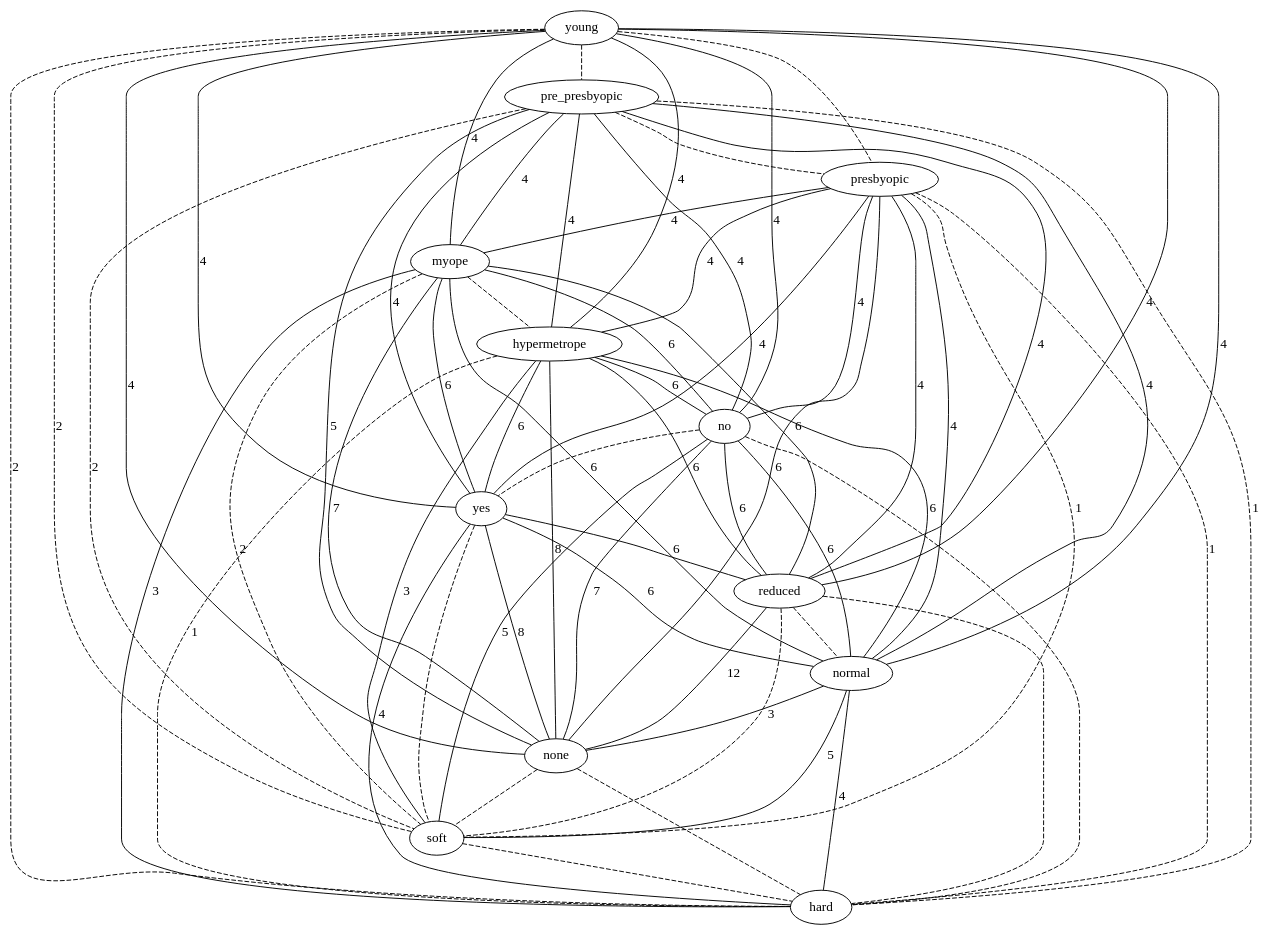
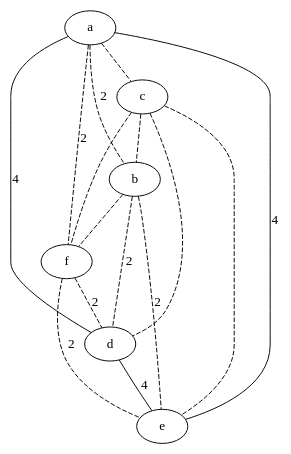
Before and after one commit to lrodrin/TFG: the diagram in src/final/plainGraph_with_threshold.dot, drawn with Graphviz. The commit also changed 13 other files, not shown here.

```diff
--- a/src/final/plainGraph_with_threshold.dot
+++ b/src/final/plainGraph_with_threshold.dot
@@ -1,80 +1,23 @@
 strict graph "" {
-young;
-pre_presbyopic;
-presbyopic;
-myope;
-hypermetrope;
-no;
-yes;
-reduced;
-normal;
-none;
-soft;
-hard;
-young -- pre_presbyopic  [color=black, style=dashed];
-young -- presbyopic  [color=black, style=dashed];
-young -- myope  [color=black, label=4, style=solid];
-young -- hypermetrope  [color=black, label=4, style=solid];
-young -- no  [color=black, label=4, style=solid];
-young -- yes  [color=black, label=4, style=solid];
-young -- reduced  [color=black, label=4, style=solid];
-young -- normal  [color=black, label=4, style=solid];
-young -- none  [color=black, label=4, style=solid];
-young -- soft  [color=black, label=2, style=dashed];
-young -- hard  [color=black, label=2, style=dashed];
-pre_presbyopic -- presbyopic  [color=black, style=dashed];
-pre_presbyopic -- myope  [color=black, label=4, style=solid];
-pre_presbyopic -- hypermetrope  [color=black, label=4, style=solid];
-pre_presbyopic -- no  [color=black, label=4, style=solid];
-pre_presbyopic -- yes  [color=black, label=4, style=solid];
-pre_presbyopic -- reduced  [color=black, label=4, style=solid];
-pre_presbyopic -- normal  [color=black, label=4, style=solid];
-pre_presbyopic -- none  [color=black, label=5, style=solid];
-pre_presbyopic -- soft  [color=black, label=2, style=dashed];
-pre_presbyopic -- hard  [color=black, label=1, style=dashed];
-presbyopic -- myope  [color=black, label=4, style=solid];
-presbyopic -- hypermetrope  [color=black, label=4, style=solid];
-presbyopic -- no  [color=black, label=4, style=solid];
-presbyopic -- yes  [color=black, label=4, style=solid];
-presbyopic -- reduced  [color=black, label=4, style=solid];
-presbyopic -- normal  [color=black, label=4, style=solid];
-presbyopic -- none  [color=black, label=6, style=solid];
-presbyopic -- soft  [color=black, label=1, style=dashed];
-presbyopic -- hard  [color=black, label=1, style=dashed];
-myope -- hypermetrope  [color=black, style=dashed];
-myope -- no  [color=black, label=6, style=solid];
-myope -- yes  [color=black, label=6, style=solid];
-myope -- reduced  [color=black, label=6, style=solid];
-myope -- normal  [color=black, label=6, style=solid];
-myope -- none  [color=black, label=7, style=solid];
-myope -- soft  [color=black, label=2, style=dashed];
-myope -- hard  [color=black, label=3, style=solid];
-hypermetrope -- no  [color=black, label=6, style=solid];
-hypermetrope -- yes  [color=black, label=6, style=solid];
-hypermetrope -- reduced  [color=black, label=6, style=solid];
-hypermetrope -- normal  [color=black, label=6, style=solid];
-hypermetrope -- none  [color=black, label=8, style=solid];
-hypermetrope -- soft  [color=black, label=3, style=solid];
-hypermetrope -- hard  [color=black, label=1, style=dashed];
-no -- yes  [color=black, style=dashed];
-no -- reduced  [color=black, label=6, style=solid];
-no -- normal  [color=black, label=6, style=solid];
-no -- none  [color=black, label=7, style=solid];
-no -- soft  [color=black, label=5, style=solid];
-no -- hard  [color=black, style=dashed];
-yes -- reduced  [color=black, label=6, style=solid];
-yes -- normal  [color=black, label=6, style=solid];
-yes -- none  [color=black, label=8, style=solid];
-yes -- soft  [color=black, style=dashed];
-yes -- hard  [color=black, label=4, style=solid];
-reduced -- normal  [color=black, style=dashed];
-reduced -- none  [color=black, label=12, style=solid];
-reduced -- soft  [color=black, style=dashed];
-reduced -- hard  [color=black, style=dashed];
-normal -- none  [color=black, label=3, style=solid];
-normal -- soft  [color=black, label=5, style=solid];
-normal -- hard  [color=black, label=4, style=solid];
-none -- soft  [color=black, style=dashed];
-none -- hard  [color=black, style=dashed];
-soft -- hard  [color=black, style=dashed];
+a;
+c;
+b;
+f;
+d;
+e;
+a -- c  [color=black, style=dashed];
+a -- b  [color=black, label=2, style=dashed];
+a -- f  [color=black, label=2, style=dashed];
+a -- d  [color=black, label=4, style=solid];
+a -- e  [color=black, label=4, style=solid];
+c -- b  [color=black, style=dashed];
+c -- f  [color=black, style=dashed];
+c -- d  [color=black, style=dashed];
+c -- e  [color=black, style=dashed];
+b -- f  [color=black, style=dashed];
+b -- d  [color=black, label=2, style=dashed];
+b -- e  [color=black, label=2, style=dashed];
+f -- d  [color=black, label=2, style=dashed];
+f -- e  [color=black, label=2, style=dashed];
+d -- e  [color=black, label=4, style=solid];
 }
```
